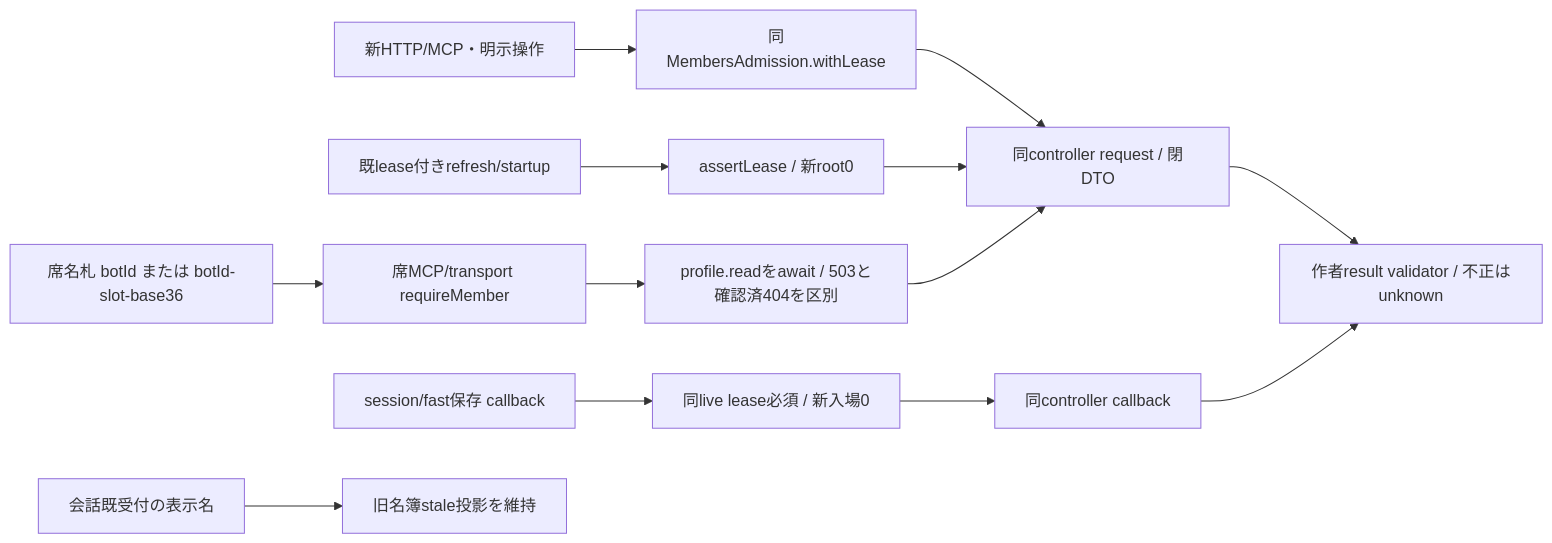
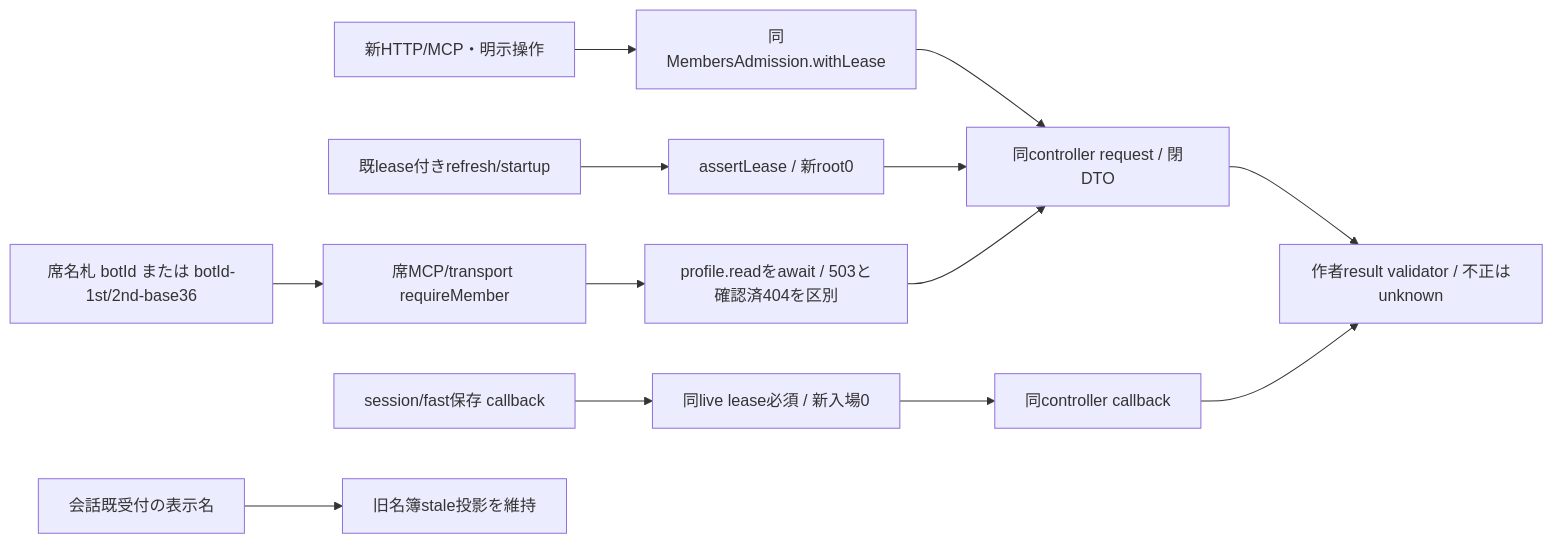
One commit to kitepon/BellTeam changed diagram 16 of 42 in docs/architecture/modules/integration/README.md. Above: the diagram before and after it, drawn with Mermaid. The commit also changed other lines of this file and 3 other files, not shown here.

````diff
--- a/docs/architecture/modules/integration/README.md
+++ b/docs/architecture/modules/integration/README.md
@@ -334,15 +334,15 @@
 ```mermaid
 flowchart LR
   Ingress[新HTTP/MCP・明示操作] --> Gate[同MembersAdmission.withLease]
   Old[既lease付きrefresh/startup] --> Existing[assertLease / 新root0]
   Gate --> Request[同controller request / 閉DTO]
   Existing --> Request
   Save[session/fast保存 callback] --> Assert[同live lease必須 / 新入場0]
   Assert --> Callback[同controller callback]
   Request --> Result[作者result validator / 不正はunknown]
   Callback --> Result
-  Seat[席名札 botId または botId-slot-base36] --> Fresh
+  Seat[席名札 botId または botId-1st/2nd-base36] --> Fresh
   Fresh[席MCP/transport requireMember] --> Read[profile.readをawait / 503と確認済404を区別]
   Read --> Request
   Display[会話既受付の表示名] --> Projection[旧名簿stale投影を維持]
 ```
````
